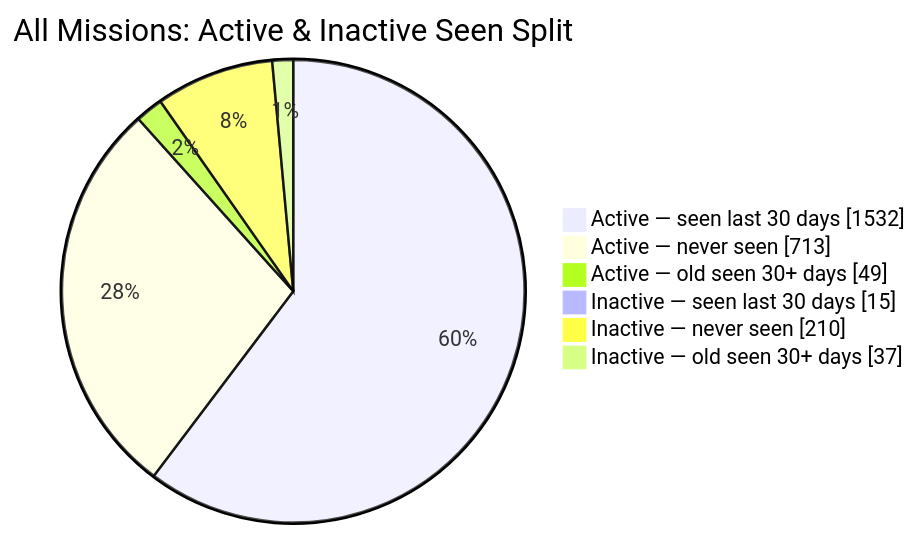
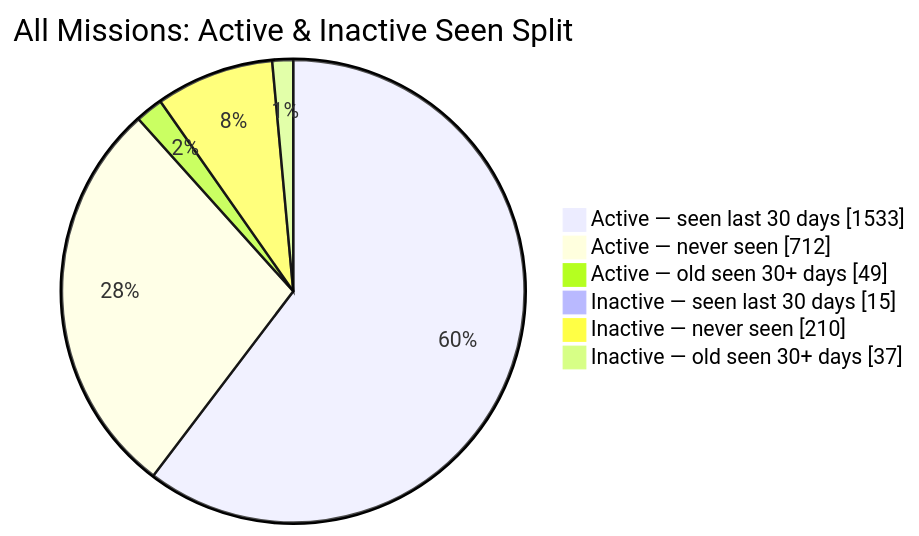
The second of 2 diagrams in README.md (MeldkamerspelGameTeam/active-missions), drawn with Mermaid before and after one commit. The commit also changed other lines of this file and 2 other files, not shown here.

````diff
--- a/README.md
+++ b/README.md
@@ -44,10 +44,10 @@
 ```mermaid
 pie showData
     title All Missions: Active & Inactive Seen Split
-    "Active — seen last 30 days" : 1532
-    "Active — never seen" : 713
+    "Active — seen last 30 days" : 1533
+    "Active — never seen" : 712
     "Active — old seen 30+ days" : 49
     "Inactive — seen last 30 days" : 15
     "Inactive — never seen" : 210
     "Inactive — old seen 30+ days" : 37
 ```
````
